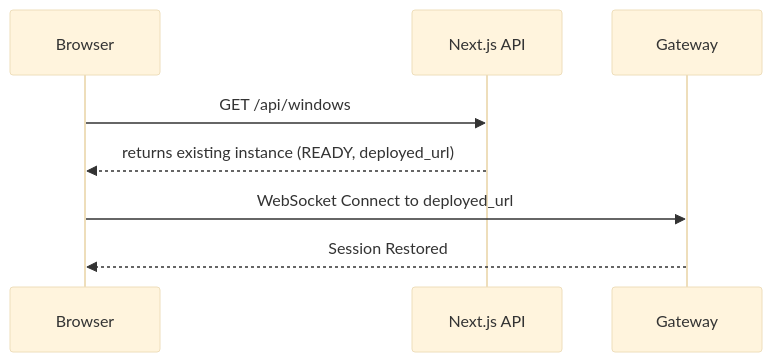
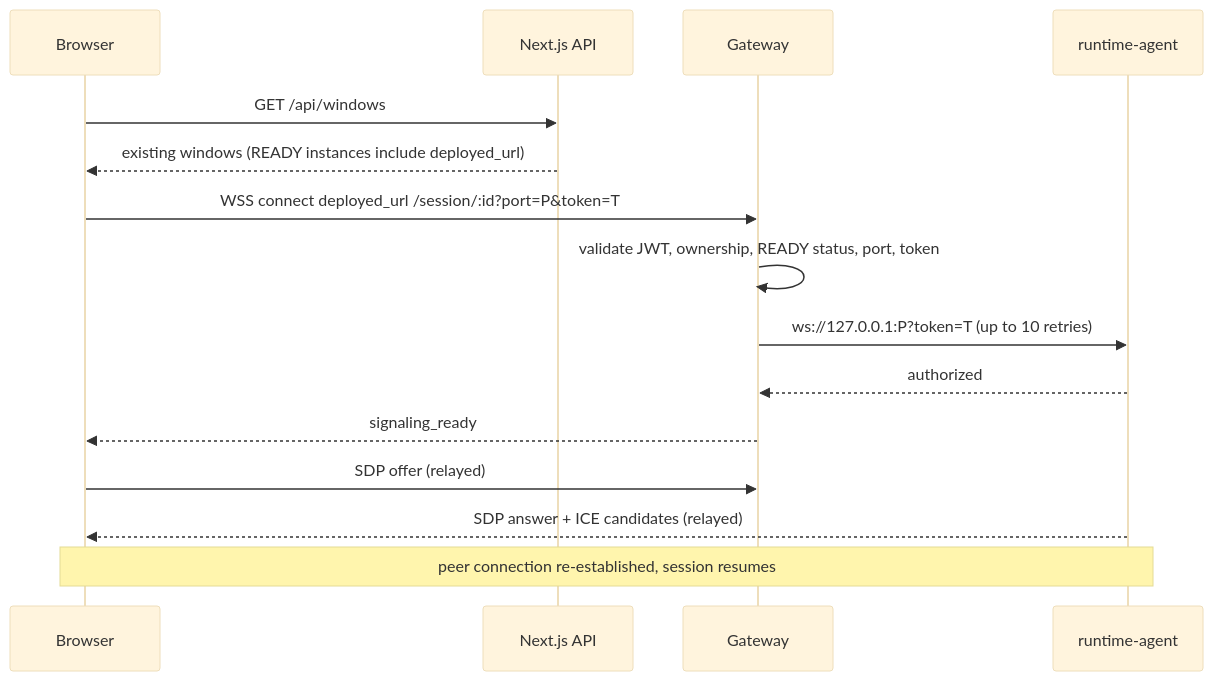
The tenth of 12 diagrams in docs/architecture.md (Rahulwagh07/orbit), drawn with Mermaid (base theme) before and after one commit. The commit also changed other lines of this file, not shown here.

Commit message:
docs(architecture): rewrite architecture doc to match current codebase and fix mermaid diagrams

````diff
--- a/docs/architecture.md
+++ b/docs/architecture.md
@@ -162,11 +286,18 @@
 ```mermaid
 sequenceDiagram
-    participant Browser
+    participant B as Browser
     participant API as Next.js API
-    participant Gateway
+    participant G as Gateway
+    participant A as runtime-agent
 
-    Browser->>API: GET /api/windows
-    API-->>Browser: returns existing instance (READY, deployed_url)
-    Browser->>Gateway: WebSocket Connect to deployed_url
-    Gateway-->>Browser: Session Restored
+    B->>API: GET /api/windows
+    API-->>B: existing windows (READY instances include deployed_url)
+    B->>G: WSS connect deployed_url /session/:id?port=P&token=T
+    G->>G: validate JWT, ownership, READY status, port, token
+    G->>A: ws://127.0.0.1:P?token=T (up to 10 retries)
+    A-->>G: authorized
+    G-->>B: signaling_ready
+    B->>G: SDP offer (relayed)
+    A-->>B: SDP answer + ICE candidates (relayed)
+    Note over B,A: peer connection re-established, session resumes
 ```
````
